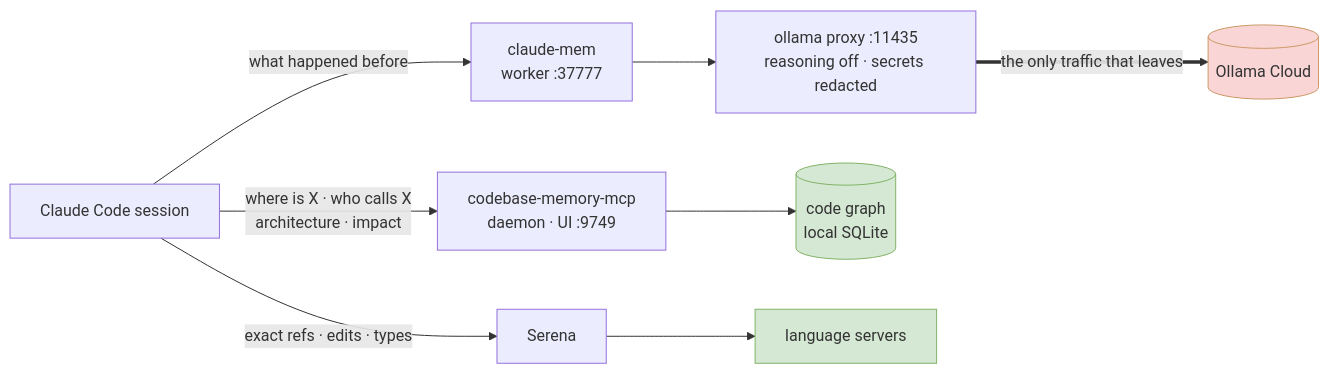
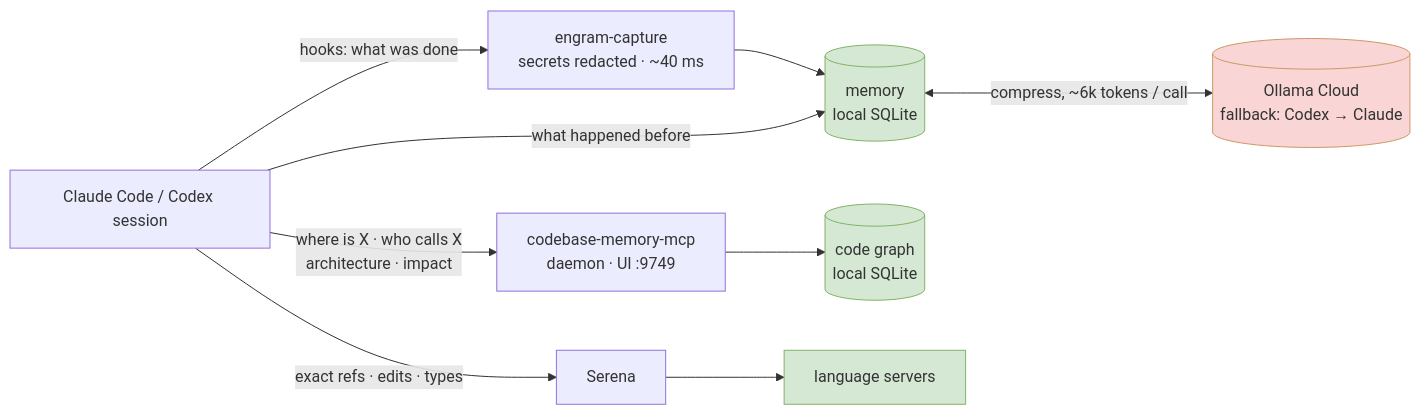
Before and after one commit to limeflash/claude-code-stack: the diagram in README.md, drawn with Mermaid. The commit also changed other lines of this file and 10 other files, not shown here.

First line of the commit message:
Replace claude-mem, its proxy and watchdog with quipu

````diff
--- a/README.md
+++ b/README.md
@@ -45,18 +44,20 @@
 ```mermaid
 flowchart LR
-    CC["Claude Code session"]
+    CC["Claude Code / Codex session"]
 
-    CC -->|"what happened before"| CM["claude-mem<br/>worker :37777"]
-    CM --> PX["ollama proxy :11435<br/>reasoning off · secrets redacted"]
-    PX ==>|"the only traffic that leaves"| OC[("Ollama Cloud")]
+    CC -->|"hooks: what was done"| CAP["engram-capture<br/>secrets redacted · ~40 ms"]
+    CAP --> MEM[("memory<br/>local SQLite")]
+    MEM <-->|"compress, ~6k tokens / call"| OC[("Ollama Cloud<br/>fallback: Codex → Claude")]
+    CC -->|"what happened before"| MEM
 
     CC -->|"where is X · who calls X<br/>architecture · impact"| CBM["codebase-memory-mcp<br/>daemon · UI :9749"]
     CBM --> GR[("code graph<br/>local SQLite")]
 
     CC -->|"exact refs · edits · types"| SR["Serena"]
     SR --> LS["language servers"]
 
     style OC fill:#f9d5d5,stroke:#c96
+    style MEM fill:#d5e8d4,stroke:#82b366
     style GR fill:#d5e8d4,stroke:#82b366
     style LS fill:#d5e8d4,stroke:#82b366
 ```
````
